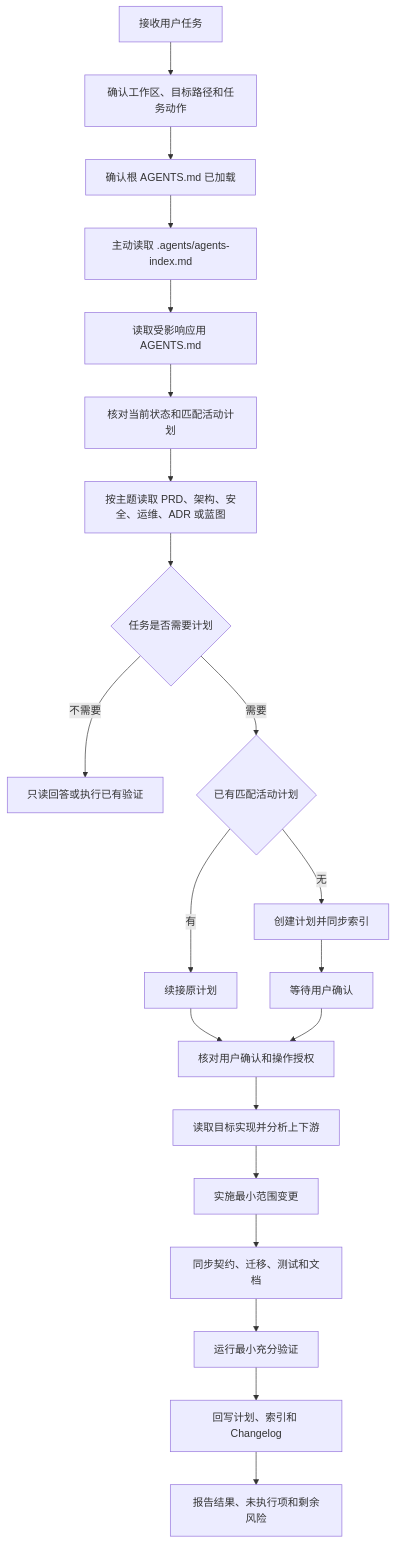
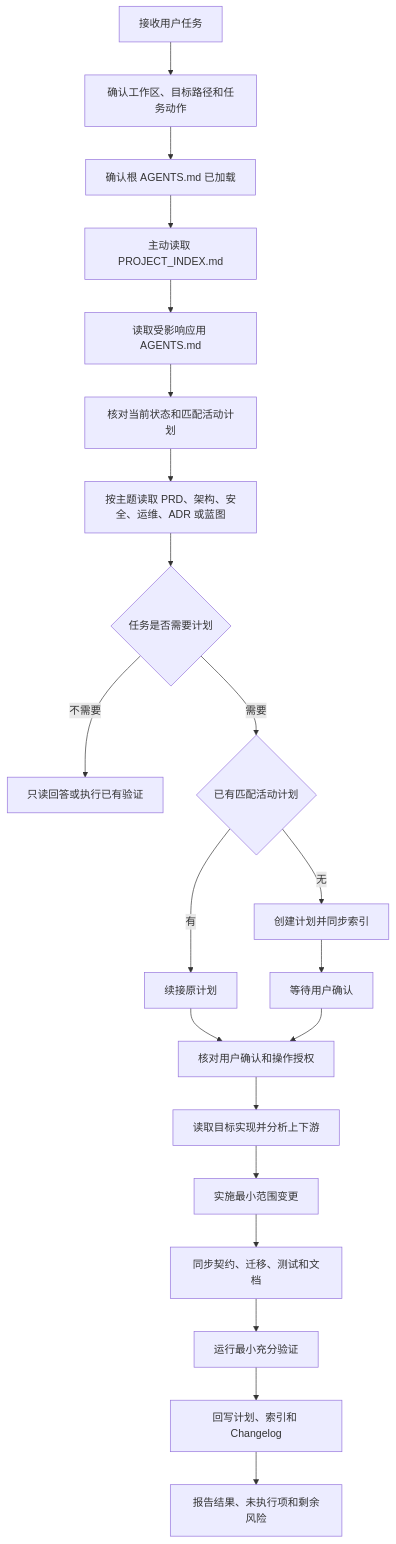
One commit to jinmozhe/pinjie-fullstack-base changed the diagram in docs/operations/ai-assisted-development-workflow.md. Above: the diagram before and after it, drawn with Mermaid. The commit also changed other lines of this file and 85 other files, not shown here.

````diff
--- a/docs/operations/ai-assisted-development-workflow.md
+++ b/docs/operations/ai-assisted-development-workflow.md
@@ -217,23 +217,23 @@
 ```mermaid
 flowchart TD
     A["接收用户任务"] --> B["确认工作区、目标路径和任务动作"]
     B --> C["确认根 AGENTS.md 已加载"]
-    C --> D["主动读取 .agents/agents-index.md"]
+    C --> D["主动读取 PROJECT_INDEX.md"]
     D --> E["读取受影响应用 AGENTS.md"]
     E --> F["核对当前状态和匹配活动计划"]
     F --> G["按主题读取 PRD、架构、安全、运维、ADR 或蓝图"]
     G --> H{"任务是否需要计划"}
     H -->|"不需要"| I["只读回答或执行已有验证"]
     H -->|"需要"| J{"已有匹配活动计划"}
     J -->|"有"| K["续接原计划"]
     J -->|"无"| L["创建计划并同步索引"]
     K --> M["核对用户确认和操作授权"]
     L --> N["等待用户确认"]
     N --> M
     M --> O["读取目标实现并分析上下游"]
     O --> P["实施最小范围变更"]
     P --> Q["同步契约、迁移、测试和文档"]
     Q --> R["运行最小充分验证"]
     R --> S["回写计划、索引和 Changelog"]
     S --> T["报告结果、未执行项和剩余风险"]
 ```
````
